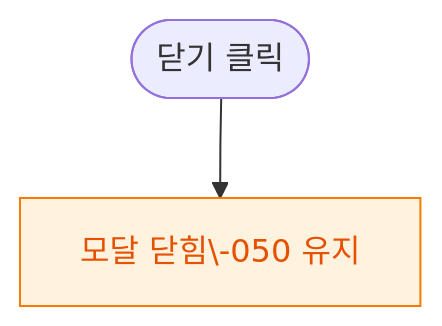
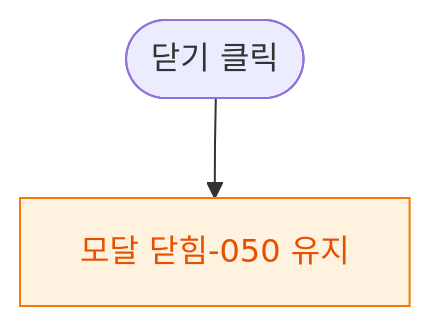
Before and after one commit to dev-spogym/admin-pando: the diagram in docs/admin/다이어그램/D06_시설관리/DLG/DLG-050-001_락커기록/M3_결과분기.md, drawn with Mermaid. The commit also changed 369 other files, not shown here.

````diff
--- a/docs/admin/다이어그램/D06_시설관리/DLG/DLG-050-001_락커기록/M3_결과분기.md
+++ b/docs/admin/다이어그램/D06_시설관리/DLG/DLG-050-001_락커기록/M3_결과분기.md
@@ -14,7 +14,7 @@
 ```mermaid
 flowchart TD
-    ACTION([닫기 클릭]) --> CLOSE[모달 닫힘\-050 유지]
+    ACTION([닫기 클릭]) --> CLOSE[모달 닫힘-050 유지]
 
     classDef modal fill:#FFF3E0,stroke:#F57C00,color:#E65100
     class CLOSE modal
 ```
````
